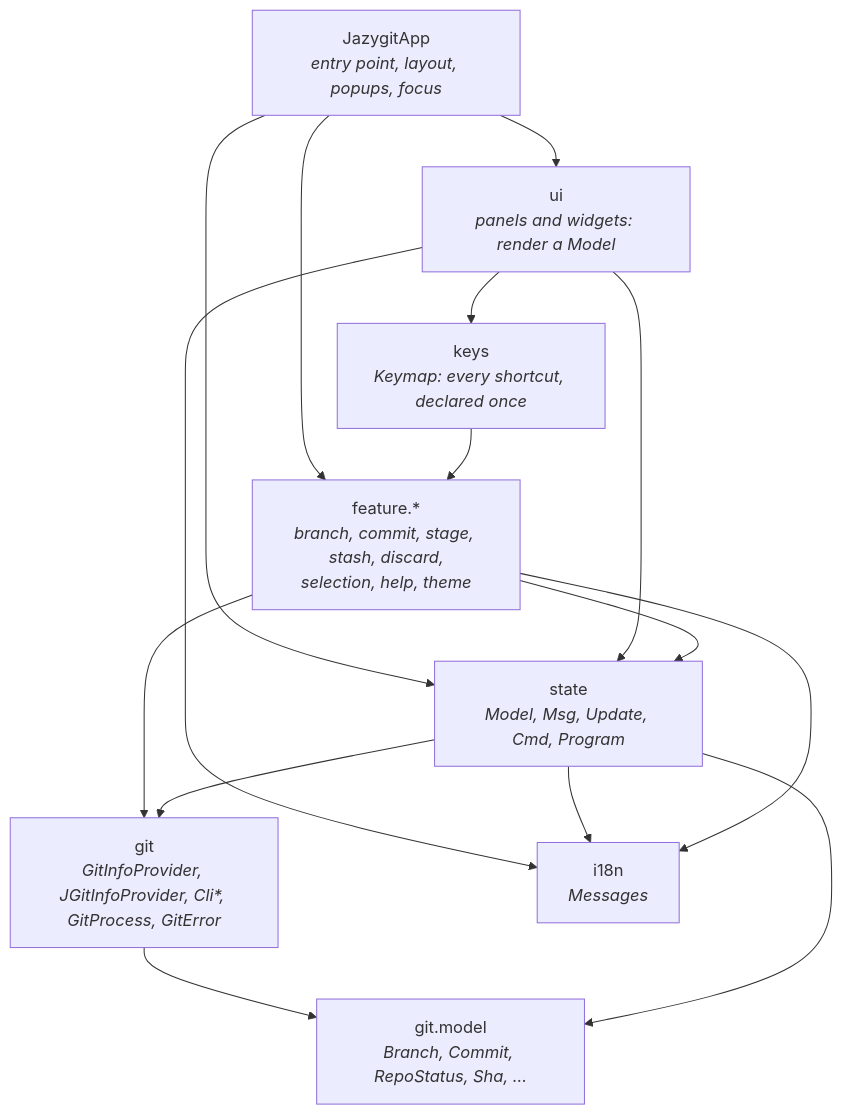
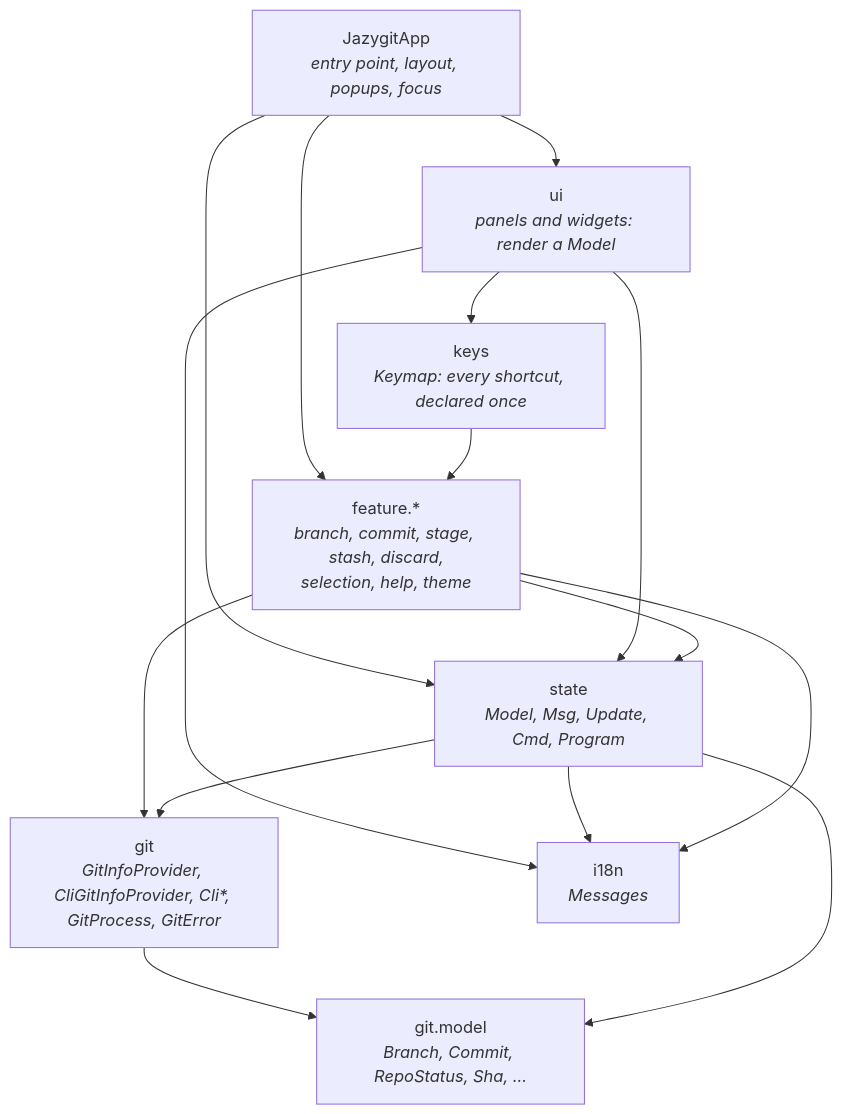
One commit to cvanfleteren/jazygit changed the first of 7 diagrams in ARCHITECTURE.md. Above: the diagram before and after it, drawn with Mermaid. The commit also changed other lines of this file and 31 other files, not shown here.

First line of the commit message:
Drop JGit: read the repository through the git command line only

````diff
--- a/ARCHITECTURE.md
+++ b/ARCHITECTURE.md
@@ -16,26 +16,26 @@
 ```mermaid
 graph TD
     App["JazygitApp<br/><i>entry point, layout, popups, focus</i>"]
     UI["ui<br/><i>panels and widgets: render a Model</i>"]
     Keys["keys<br/><i>Keymap: every shortcut, declared once</i>"]
     Feature["feature.*<br/><i>branch, commit, stage, stash, discard,<br/>selection, help, theme</i>"]
     State["state<br/><i>Model, Msg, Update, Cmd, Program</i>"]
-    Git["git<br/><i>GitInfoProvider, JGitInfoProvider, Cli*, GitProcess, GitError</i>"]
+    Git["git<br/><i>GitInfoProvider, CliGitInfoProvider, Cli*, GitProcess, GitError</i>"]
     GitModel["git.model<br/><i>Branch, Commit, RepoStatus, Sha, ...</i>"]
     I18n["i18n<br/><i>Messages</i>"]
 
     App --> UI
     App --> State
     App --> Feature
     UI --> Keys
     UI --> State
     Keys --> Feature
     Feature --> State
     Feature --> Git
     State --> Git
     Git --> GitModel
     State --> GitModel
     UI --> I18n
     State --> I18n
     Feature --> I18n
 ```
````
